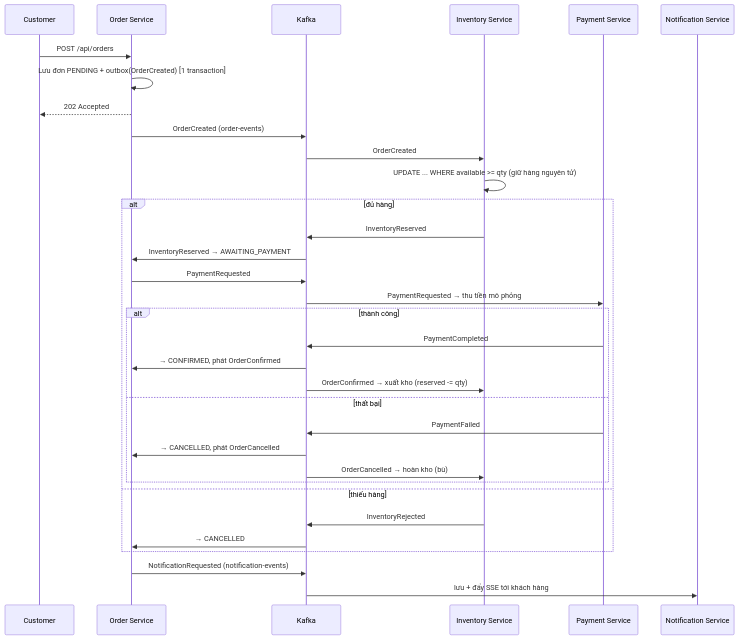
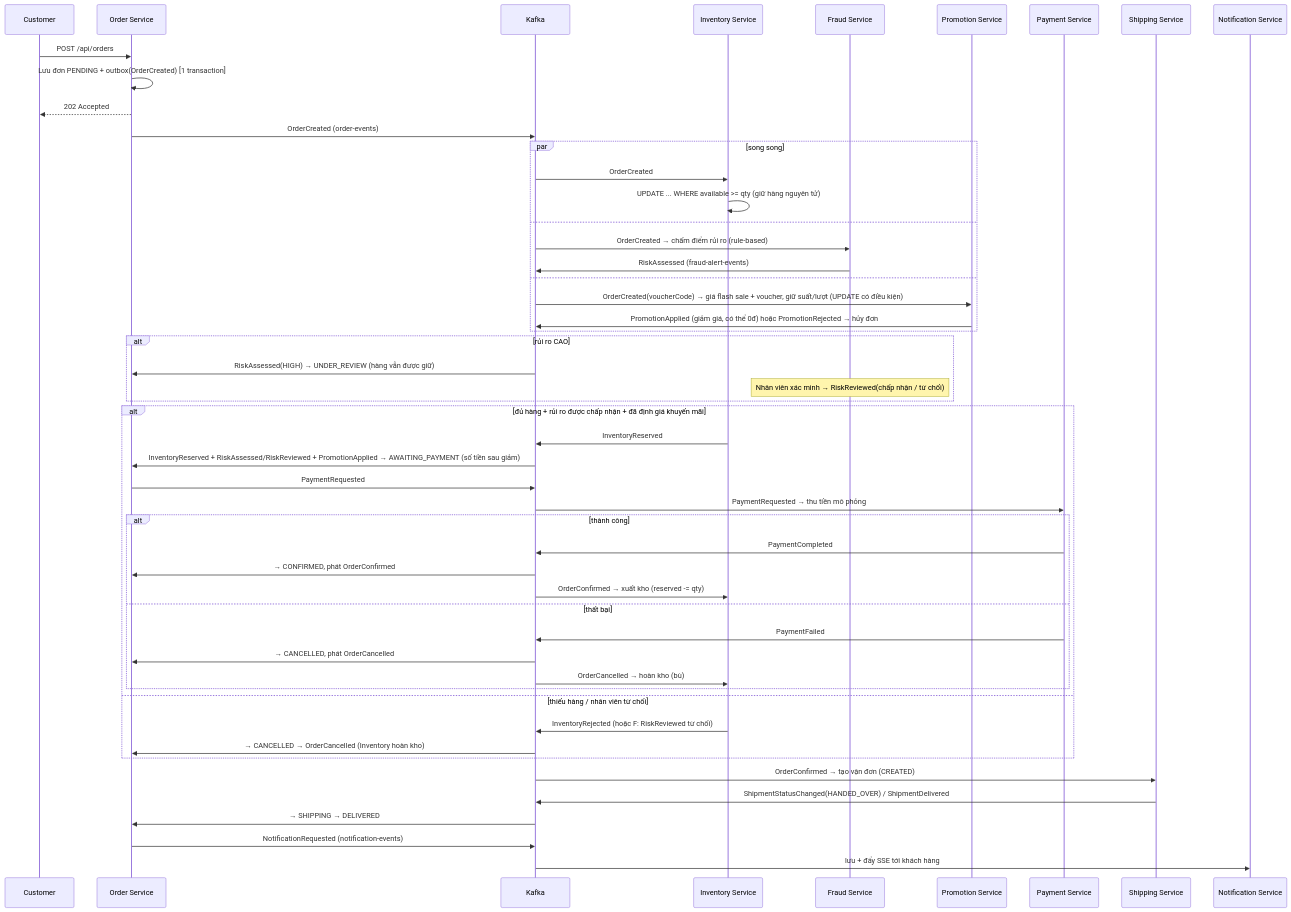
One commit to tuan200518/ecommerce changed the diagram in docs/ARCHITECTURE.md. Above: the diagram before and after it, drawn with Mermaid. The commit also changed other lines of this file and 229 other files, not shown here.

````diff
--- a/docs/ARCHITECTURE.md
+++ b/docs/ARCHITECTURE.md
@@ -44,35 +63,53 @@
 ```mermaid
 sequenceDiagram
     participant C as Customer
     participant O as Order Service
     participant K as Kafka
     participant I as Inventory Service
+    participant F as Fraud Service
+    participant PR as Promotion Service
     participant P as Payment Service
+    participant S as Shipping Service
     participant N as Notification Service
     C->>O: POST /api/orders
     O->>O: Lưu đơn PENDING + outbox(OrderCreated) [1 transaction]
     O-->>C: 202 Accepted
     O->>K: OrderCreated (order-events)
-    K->>I: OrderCreated
-    I->>I: UPDATE ... WHERE available >= qty (giữ hàng nguyên tử)
-    alt đủ hàng
+    par song song
+        K->>I: OrderCreated
+        I->>I: UPDATE ... WHERE available >= qty (giữ hàng nguyên tử)
+    and
+        K->>F: OrderCreated → chấm điểm rủi ro (rule-based)
+        F->>K: RiskAssessed (fraud-alert-events)
+    and
+        K->>PR: OrderCreated(voucherCode) → giá flash sale + voucher, giữ suất/lượt (UPDATE có điều kiện)
+        PR->>K: PromotionApplied (giảm giá, có thể 0đ) hoặc PromotionRejected → hủy đơn
+    end
+    alt rủi ro CAO
+        K->>O: RiskAssessed(HIGH) → UNDER_REVIEW (hàng vẫn được giữ)
+        Note over F: Nhân viên xác minh → RiskReviewed(chấp nhận / từ chối)
+    end
+    alt đủ hàng + rủi ro được chấp nhận + đã định giá khuyến mãi
         I->>K: InventoryReserved
-        K->>O: InventoryReserved → AWAITING_PAYMENT
+        K->>O: InventoryReserved + RiskAssessed/RiskReviewed + PromotionApplied → AWAITING_PAYMENT (số tiền sau giảm)
         O->>K: PaymentRequested
         K->>P: PaymentRequested → thu tiền mô phỏng
         alt thành công
             P->>K: PaymentCompleted
             K->>O: → CONFIRMED, phát OrderConfirmed
             K->>I: OrderConfirmed → xuất kho (reserved -= qty)
         else thất bại
             P->>K: PaymentFailed
             K->>O: → CANCELLED, phát OrderCancelled
             K->>I: OrderCancelled → hoàn kho (bù)
         end
-    else thiếu hàng
-        I->>K: InventoryRejected
-        K->>O: → CANCELLED
+    else thiếu hàng / nhân viên từ chối
+        I->>K: InventoryRejected (hoặc F: RiskReviewed từ chối)
+        K->>O: → CANCELLED → OrderCancelled (Inventory hoàn kho)
     end
+    K->>S: OrderConfirmed → tạo vận đơn (CREATED)
+    S->>K: ShipmentStatusChanged(HANDED_OVER) / ShipmentDelivered
+    K->>O: → SHIPPING → DELIVERED
     O->>K: NotificationRequested (notification-events)
     K->>N: lưu + đẩy SSE tới khách hàng
 ```
````
